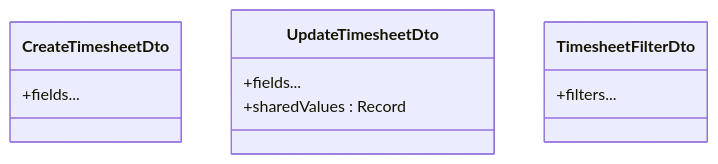
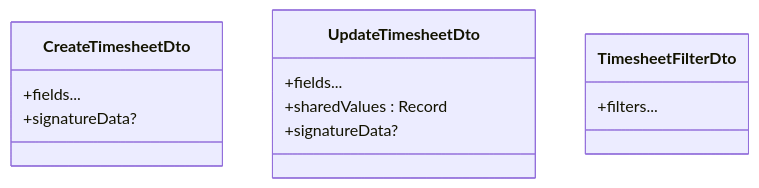
One commit to RobertRuas/windlog changed the fifth of 10 diagrams in .qoder/repowiki/en/content/Arquitetura Backend/Módulos do Sistema/Timesheet Semanal - Módulo Backend.md. Above: the diagram before and after it, drawn with Mermaid. The commit also changed other lines of this file and 136 other files, not shown here.

````diff
--- a/.qoder/repowiki/en/content/Arquitetura Backend/Módulos do Sistema/Timesheet Semanal - Módulo Backend.md
+++ b/.qoder/repowiki/en/content/Arquitetura Backend/Módulos do Sistema/Timesheet Semanal - Módulo Backend.md
@@ -257,13 +324,15 @@
 ```mermaid
 classDiagram
 class CreateTimesheetDto {
 +fields...
++signatureData?
 }
 class UpdateTimesheetDto {
 +fields...
 +sharedValues : Record<string, string>
++signatureData?
 }
 class TimesheetFilterDto {
 +filters...
 }
 ```
````
